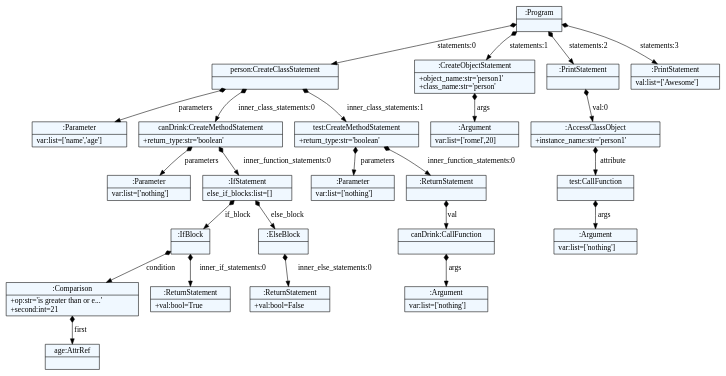
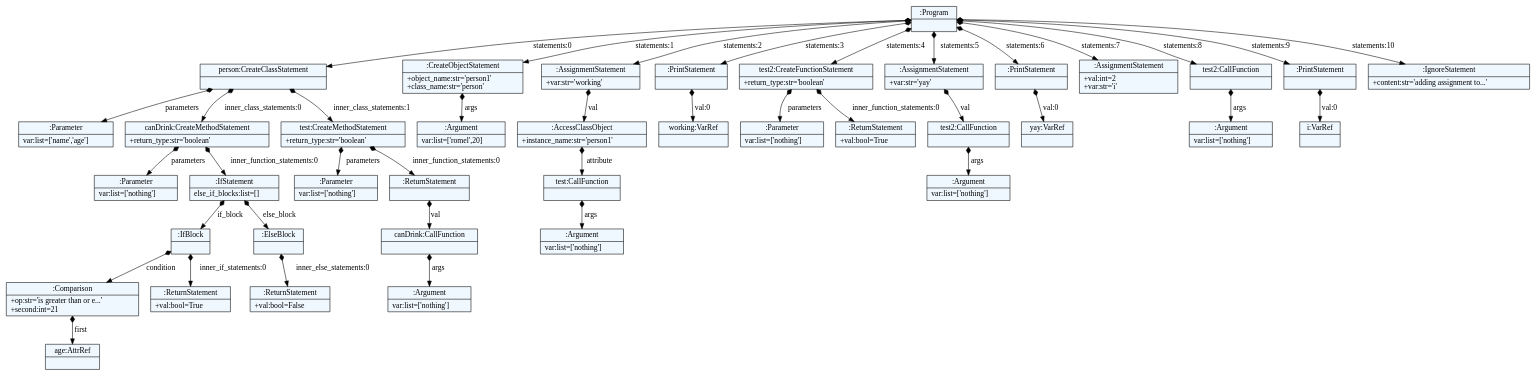
One commit to RomelAleman/minsym-cs420-final-project changed the diagram in minsym.dot. Above: the diagram before and after it, drawn with Graphviz. The commit also changed 4 other files, not shown here.

```diff
--- a/minsym.dot
+++ b/minsym.dot
@@ -1,62 +1,92 @@
 
     digraph textX {
     fontname = "Bitstream Vera Sans"
     fontsize = 8
     node[
         shape=record,
         style=filled,
         fillcolor=aliceblue
     ]
     nodesep = 0.3
     edge[dir=black,arrowtail=empty]
 
 
-1917758483360 -> 1917758480672 [label="statements:0" arrowtail=diamond dir=both]
-1917758480672 -> 1917758484368 [label="parameters" arrowtail=diamond dir=both]
-1917758484368[label="{:Parameter|var:list=['name','age']\l}"]
-1917758480672 -> 1917758481008 [label="inner_class_statements:0" arrowtail=diamond dir=both]
-1917758481008 -> 1917759623632 [label="parameters" arrowtail=diamond dir=both]
-1917759623632[label="{:Parameter|var:list=['nothing']\l}"]
-1917758481008 -> 1917758484704 [label="inner_function_statements:0" arrowtail=diamond dir=both]
-1917758484704 -> 1917758485040 [label="if_block" arrowtail=diamond dir=both]
-1917758485040 -> 1917758485376 [label="condition" arrowtail=diamond dir=both]
-1917758485376 -> 1917758485712 [label="first" arrowtail=diamond dir=both]
-1917758485712[label="{age:AttrRef|}"]
-1917758485376[label="{:Comparison|+op:str='is greater than or e...'\l+second:int=21\l}"]
-1917758485040 -> 1917758486048 [label="inner_if_statements:0" arrowtail=diamond dir=both]
-1917758486048[label="{:ReturnStatement|+val:bool=True\l}"]
-1917758485040[label="{:IfBlock|}"]
-1917758484704 -> 1917758486384 [label="else_block" arrowtail=diamond dir=both]
-1917758486384 -> 1917759623952 [label="inner_else_statements:0" arrowtail=diamond dir=both]
-1917759623952[label="{:ReturnStatement|+val:bool=False\l}"]
-1917758486384[label="{:ElseBlock|}"]
-1917758484704[label="{:IfStatement|else_if_blocks:list=[]\l}"]
-1917758481008[label="{canDrink:CreateMethodStatement|+return_type:str='boolean'\l}"]
-1917758480672 -> 1917759624272 [label="inner_class_statements:1" arrowtail=diamond dir=both]
-1917759624272 -> 1917759624592 [label="parameters" arrowtail=diamond dir=both]
-1917759624592[label="{:Parameter|var:list=['nothing']\l}"]
-1917759624272 -> 1917759624912 [label="inner_function_statements:0" arrowtail=diamond dir=both]
-1917759624912 -> 1917758486720 [label="val" arrowtail=diamond dir=both]
-1917758486720 -> 1917758487056 [label="args" arrowtail=diamond dir=both]
-1917758487056[label="{:Argument|var:list=['nothing']\l}"]
-1917758486720[label="{canDrink:CallFunction|}"]
-1917759624912[label="{:ReturnStatement|}"]
-1917759624272[label="{test:CreateMethodStatement|+return_type:str='boolean'\l}"]
-1917758480672[label="{person:CreateClassStatement|}"]
-1917758483360 -> 1917758487392 [label="statements:1" arrowtail=diamond dir=both]
-1917758487392 -> 1917759625232 [label="args" arrowtail=diamond dir=both]
-1917759625232[label="{:Argument|var:list=['romel',20]\l}"]
-1917758487392[label="{:CreateObjectStatement|+object_name:str='person1'\l+class_name:str='person'\l}"]
-1917758483360 -> 1917758487728 [label="statements:2" arrowtail=diamond dir=both]
-1917758487728 -> 1917758488064 [label="val:0" arrowtail=diamond dir=both]
-1917758488064 -> 1917759625552 [label="attribute" arrowtail=diamond dir=both]
-1917759625552 -> 1917759625872 [label="args" arrowtail=diamond dir=both]
-1917759625872[label="{:Argument|var:list=['nothing']\l}"]
-1917759625552[label="{test:CallFunction|}"]
-1917758488064[label="{:AccessClassObject|+instance_name:str='person1'\l}"]
-1917758487728[label="{:PrintStatement|}"]
-1917758483360 -> 1917759626192 [label="statements:3" arrowtail=diamond dir=both]
-1917759626192[label="{:PrintStatement|val:list=['Awesome']\l}"]
-1917758483360[label="{:Program|}"]
+2225850821536 -> 2225850818848 [label="statements:0" arrowtail=diamond dir=both]
+2225850818848 -> 2225850822544 [label="parameters" arrowtail=diamond dir=both]
+2225850822544[label="{:Parameter|var:list=['name','age']\l}"]
+2225850818848 -> 2225850819184 [label="inner_class_statements:0" arrowtail=diamond dir=both]
+2225850819184 -> 2225851329552 [label="parameters" arrowtail=diamond dir=both]
+2225851329552[label="{:Parameter|var:list=['nothing']\l}"]
+2225850819184 -> 2225850822880 [label="inner_function_statements:0" arrowtail=diamond dir=both]
+2225850822880 -> 2225850823216 [label="if_block" arrowtail=diamond dir=both]
+2225850823216 -> 2225850823552 [label="condition" arrowtail=diamond dir=both]
+2225850823552 -> 2225850823888 [label="first" arrowtail=diamond dir=both]
+2225850823888[label="{age:AttrRef|}"]
+2225850823552[label="{:Comparison|+op:str='is greater than or e...'\l+second:int=21\l}"]
+2225850823216 -> 2225850824224 [label="inner_if_statements:0" arrowtail=diamond dir=both]
+2225850824224[label="{:ReturnStatement|+val:bool=True\l}"]
+2225850823216[label="{:IfBlock|}"]
+2225850822880 -> 2225850824560 [label="else_block" arrowtail=diamond dir=both]
+2225850824560 -> 2225851330192 [label="inner_else_statements:0" arrowtail=diamond dir=both]
+2225851330192[label="{:ReturnStatement|+val:bool=False\l}"]
+2225850824560[label="{:ElseBlock|}"]
+2225850822880[label="{:IfStatement|else_if_blocks:list=[]\l}"]
+2225850819184[label="{canDrink:CreateMethodStatement|+return_type:str='boolean'\l}"]
+2225850818848 -> 2225851327952 [label="inner_class_statements:1" arrowtail=diamond dir=both]
+2225851327952 -> 2225851325392 [label="parameters" arrowtail=diamond dir=both]
+2225851325392[label="{:Parameter|var:list=['nothing']\l}"]
+2225851327952 -> 2225851333392 [label="inner_function_statements:0" arrowtail=diamond dir=both]
+2225851333392 -> 2225850824896 [label="val" arrowtail=diamond dir=both]
+2225850824896 -> 2225850825232 [label="args" arrowtail=diamond dir=both]
+2225850825232[label="{:Argument|var:list=['nothing']\l}"]
+2225850824896[label="{canDrink:CallFunction|}"]
+2225851333392[label="{:ReturnStatement|}"]
+2225851327952[label="{test:CreateMethodStatement|+return_type:str='boolean'\l}"]
+2225850818848[label="{person:CreateClassStatement|}"]
+2225850821536 -> 2225850825568 [label="statements:1" arrowtail=diamond dir=both]
+2225850825568 -> 2225851328272 [label="args" arrowtail=diamond dir=both]
+2225851328272[label="{:Argument|var:list=['romel',20]\l}"]
+2225850825568[label="{:CreateObjectStatement|+object_name:str='person1'\l+class_name:str='person'\l}"]
+2225850821536 -> 2225850825904 [label="statements:2" arrowtail=diamond dir=both]
+2225850825904 -> 2225850826240 [label="val" arrowtail=diamond dir=both]
+2225850826240 -> 2225851334352 [label="attribute" arrowtail=diamond dir=both]
+2225851334352 -> 2225851334032 [label="args" arrowtail=diamond dir=both]
+2225851334032[label="{:Argument|var:list=['nothing']\l}"]
+2225851334352[label="{test:CallFunction|}"]
+2225850826240[label="{:AccessClassObject|+instance_name:str='person1'\l}"]
+2225850825904[label="{:AssignmentStatement|+var:str='working'\l}"]
+2225850821536 -> 2225851973712 [label="statements:3" arrowtail=diamond dir=both]
+2225851973712 -> 2225851974048 [label="val:0" arrowtail=diamond dir=both]
+2225851974048[label="{working:VarRef|}"]
+2225851973712[label="{:PrintStatement|}"]
+2225850821536 -> 2225851974384 [label="statements:4" arrowtail=diamond dir=both]
+2225851974384 -> 2225850995840 [label="parameters" arrowtail=diamond dir=both]
+2225850995840[label="{:Parameter|var:list=['nothing']\l}"]
+2225851974384 -> 2225850995232 [label="inner_function_statements:0" arrowtail=diamond dir=both]
+2225850995232[label="{:ReturnStatement|+val:bool=True\l}"]
+2225851974384[label="{test2:CreateFunctionStatement|+return_type:str='boolean'\l}"]
+2225850821536 -> 2225851333712 [label="statements:5" arrowtail=diamond dir=both]
+2225851333712 -> 2225851332752 [label="val" arrowtail=diamond dir=both]
+2225851332752 -> 2225850996448 [label="args" arrowtail=diamond dir=both]
+2225850996448[label="{:Argument|var:list=['nothing']\l}"]
+2225851332752[label="{test2:CallFunction|}"]
+2225851333712[label="{:AssignmentStatement|+var:str='yay'\l}"]
+2225850821536 -> 2225851332112 [label="statements:6" arrowtail=diamond dir=both]
+2225851332112 -> 2225851331152 [label="val:0" arrowtail=diamond dir=both]
+2225851331152[label="{yay:VarRef|}"]
+2225851332112[label="{:PrintStatement|}"]
+2225850821536 -> 2225851324112 [label="statements:7" arrowtail=diamond dir=both]
+2225851324112[label="{:AssignmentStatement|+val:int=2\l+var:str='i'\l}"]
+2225850821536 -> 2225850996752 [label="statements:8" arrowtail=diamond dir=both]
+2225850996752 -> 2225850994624 [label="args" arrowtail=diamond dir=both]
+2225850994624[label="{:Argument|var:list=['nothing']\l}"]
+2225850996752[label="{test2:CallFunction|}"]
+2225850821536 -> 2225851330512 [label="statements:9" arrowtail=diamond dir=both]
+2225851330512 -> 2225851329232 [label="val:0" arrowtail=diamond dir=both]
+2225851329232[label="{i:VarRef|}"]
+2225851330512[label="{:PrintStatement|}"]
+2225850821536 -> 2225851974720 [label="statements:10" arrowtail=diamond dir=both]
+2225851974720[label="{:IgnoreStatement|+content:str='adding assignment to...'\l}"]
+2225850821536[label="{:Program|}"]
 
 }
```
